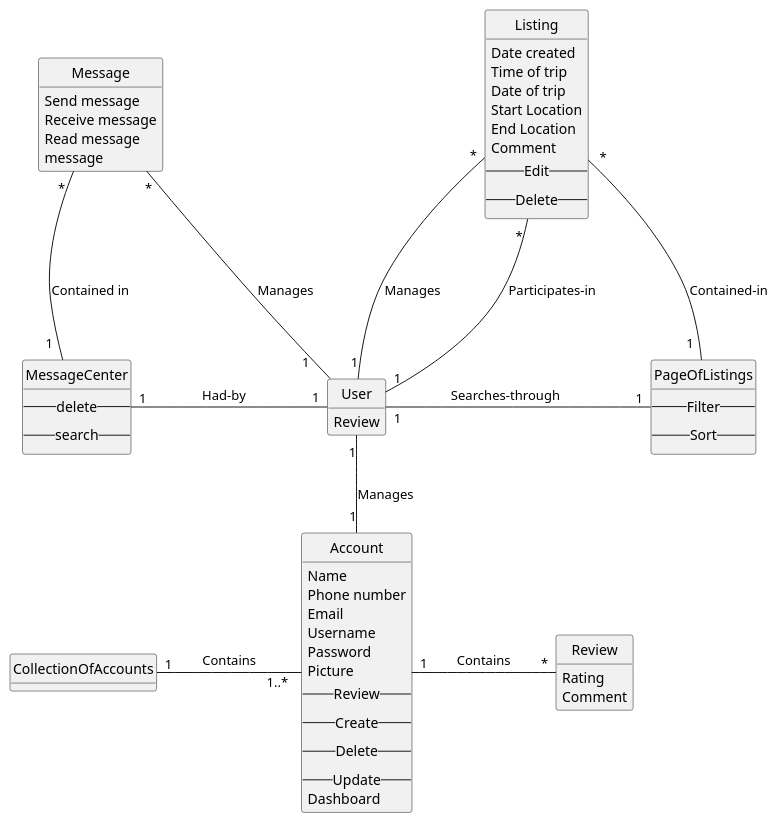
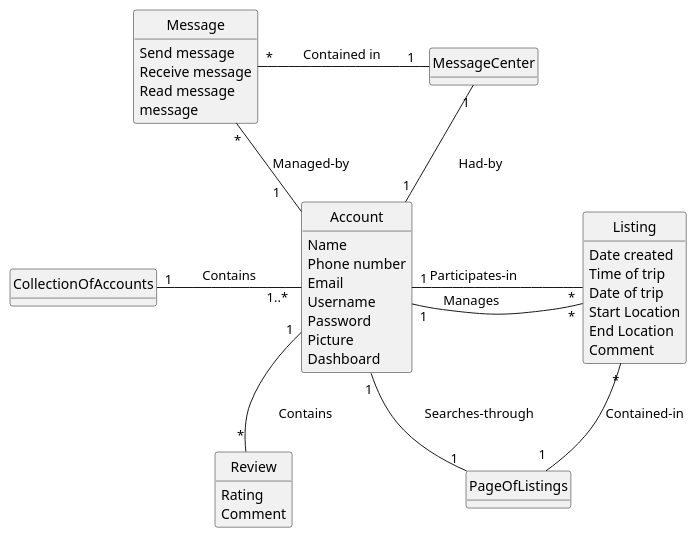
The first of 2 diagrams in doc/design.md (PriyaMulla/Carpool-Connect-VC), drawn with PlantUML before and after one commit. The commit also changed other lines of this file, not shown here.

Commit message:
Edited domain model and notes

````diff
--- a/doc/design.md
+++ b/doc/design.md
@@ -3,71 +3,57 @@
 ```plantuml
 @startuml
 hide circle
 hide empty methods 
 
 'classes
-class User{
-Review
-}
 
 class PageOfListings{
---Filter--
---Sort--
 }
 class Listing{
 Date created
 Time of trip
 Date of trip
 Start Location
 End Location
 Comment
---Edit--
---Delete--
 }
 
 class Account{
 Name
 Phone number
 Email
 Username
 Password
 Picture
---Review--
---Create--
---Delete--
---Update--
 Dashboard
 }
 
 class Message {
 Send message
 Receive message
 Read message
 message
 }
 
 class MessageCenter{
---delete--
---search--
 }
 
 class Review{
 Rating
 Comment
 }
 
 class CollectionOfAccounts{
 }
 ' associations
 PageOfListings "1  " -left- " *" Listing : Contained-in\t\t
-MessageCenter "1  " --up- "\t\t\t*" Message: Contained in\t
-User "1" -left- "1" MessageCenter : \tHad-by\t\t
-User "1" -right- "1" PageOfListings : \tSearches-through\t\t
-User "1" -up- "*" Listing : Manages\t\t
-User "1" -up-- "\t\t\t\t\t*" Listing : Participates-in\t\t
-User "1" -- "1" Account : Manages\t\t
-User "1    " -up- "*" Message : Manages\t\t
-Account "1" -right- "*" Review : \tContains\t\t
+MessageCenter "1  " -left- "*" Message: \tContained in\t\t
+Account "1" -up- "1" MessageCenter : \tHad-by\t\t
+Account "1" -up- "1" PageOfListings : \tSearches-through\t\t
+Account "1" -right- "*" Listing : Manages\t\t
+Account "1" -up-- "\t\t\t\t\t*" Listing : Participates-in\t\t
+Account "1    " -up- "*" Message : Managed-by\t\t
+Account "1" -- "*" Review : \tContains\t\t
 CollectionOfAccounts "1" -right- "1..*\t" Account : \tContains\t\t
 @enduml
 ```
````
